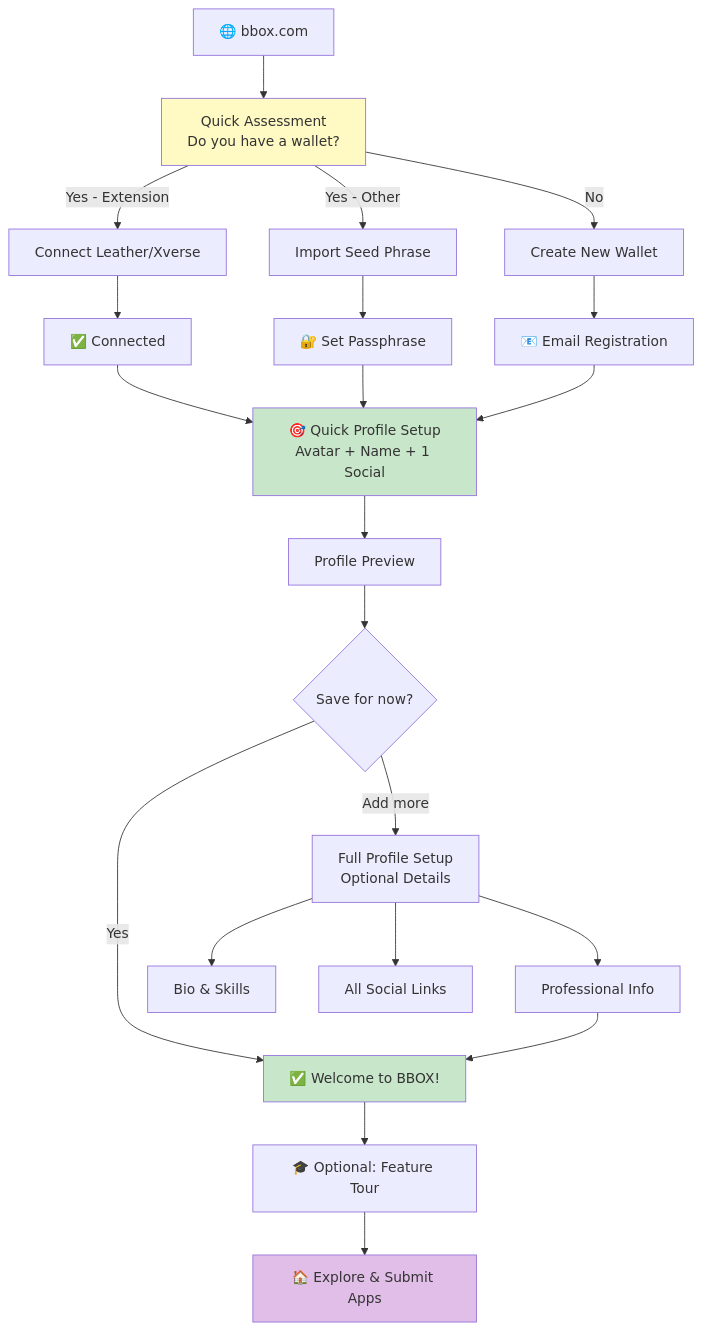
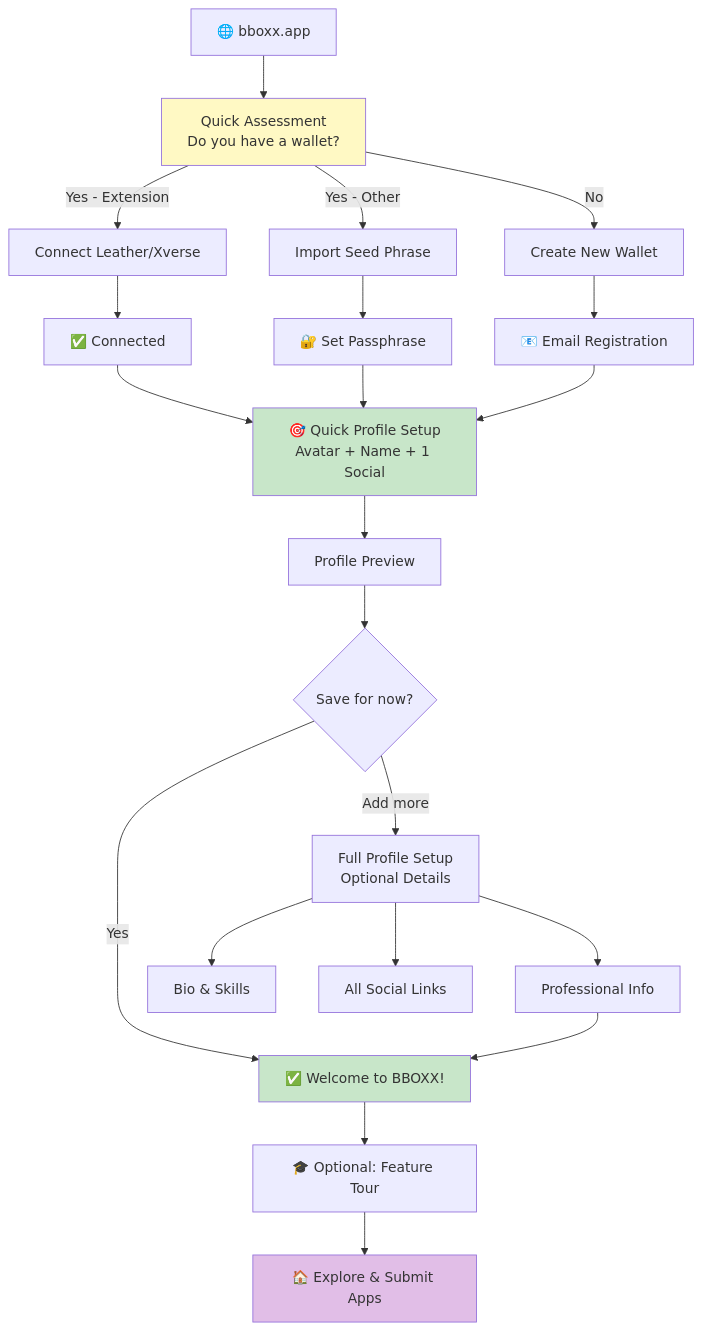
The eighth of 8 diagrams in onboarding.md (zuyux/bbox), drawn with Mermaid before and after one commit. The commit also changed other lines of this file and 84 other files, not shown here.

Commit message:
Update app content and account flows

````diff
--- a/onboarding.md
+++ b/onboarding.md
@@ -574,36 +574,36 @@
 ```mermaid
 graph TD
-    A["🌐 bbox.com"] --> B["Quick Assessment<br/>Do you have a wallet?"]
+    A["🌐 bboxx.app"] --> B["Quick Assessment<br/>Do you have a wallet?"]
     
     B -->|"Yes - Extension"| C1["Connect Leather/Xverse"]
     B -->|"Yes - Other"| C2["Import Seed Phrase"]
     B -->|"No"| C3["Create New Wallet"]
     
     C1 --> D1["✅ Connected"]
     C2 --> D2["🔐 Set Passphrase"]
     C3 --> D3["📧 Email Registration"]
     
     D2 --> E["🎯 Quick Profile Setup<br/>Avatar + Name + 1 Social"]
     D3 --> E
     D1 --> E
     
     E --> E1["Profile Preview"]
     E1 --> F{"Save for now?"}
     
-    F -->|"Yes"| G["✅ Welcome to BBOX!"]
+    F -->|"Yes"| G["✅ Welcome to BBOXX!"]
     F -->|"Add more"| H["Full Profile Setup<br/>Optional Details"]
     
     H --> H1["Bio & Skills"]
     H --> H2["All Social Links"]
     H --> H3["Professional Info"]
     
     H3 --> G
     
     G --> I["🎓 Optional: Feature Tour"]
     I --> J["🏠 Explore & Submit Apps"]
     
     style B fill:#fff9c4
     style E fill:#c8e6c9
     style G fill:#c8e6c9
     style J fill:#e1bee7
 ```
````
